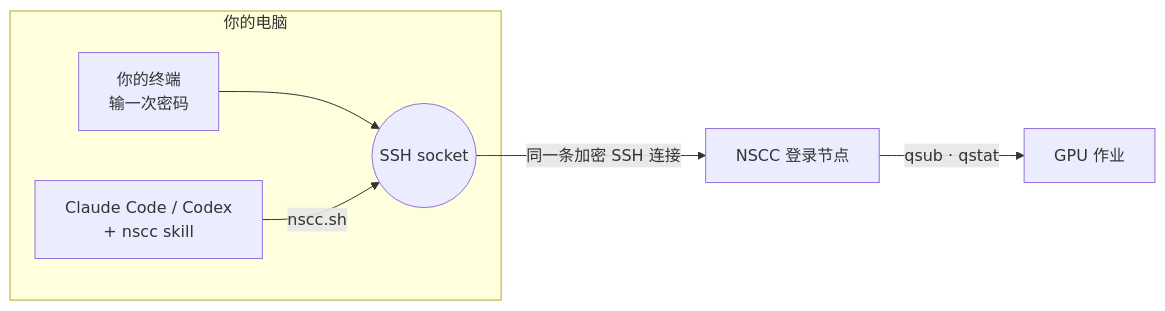
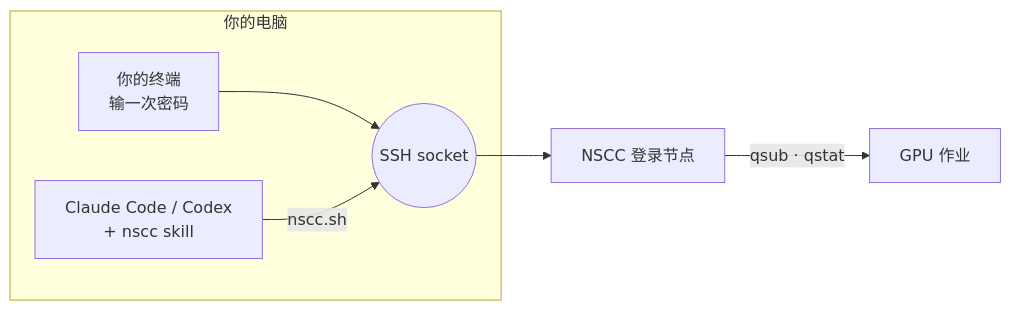
Before and after one commit to LBWSquare666/nscc-agent: the diagram in README.zh-CN.md, drawn with Mermaid. The commit also changed other lines of this file and 2 other files, not shown here.

````diff
--- a/README.zh-CN.md
+++ b/README.zh-CN.md
@@ -107,9 +86,9 @@
 ```mermaid
 flowchart LR
   subgraph PC[你的电脑]
     T[你的终端<br/>输一次密码] --> S((SSH socket))
     A[Claude Code / Codex<br/>+ nscc skill] -->|nscc.sh| S
   end
-  S -->|同一条加密 SSH 连接| L[NSCC 登录节点]
+  S --> L[NSCC 登录节点]
   L -->|qsub · qstat| G[GPU 作业]
 ```
````
